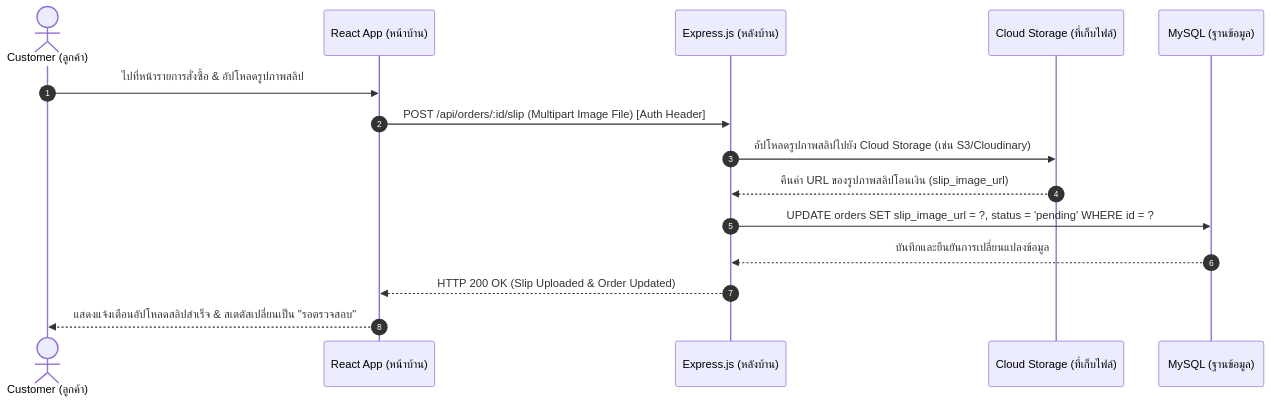
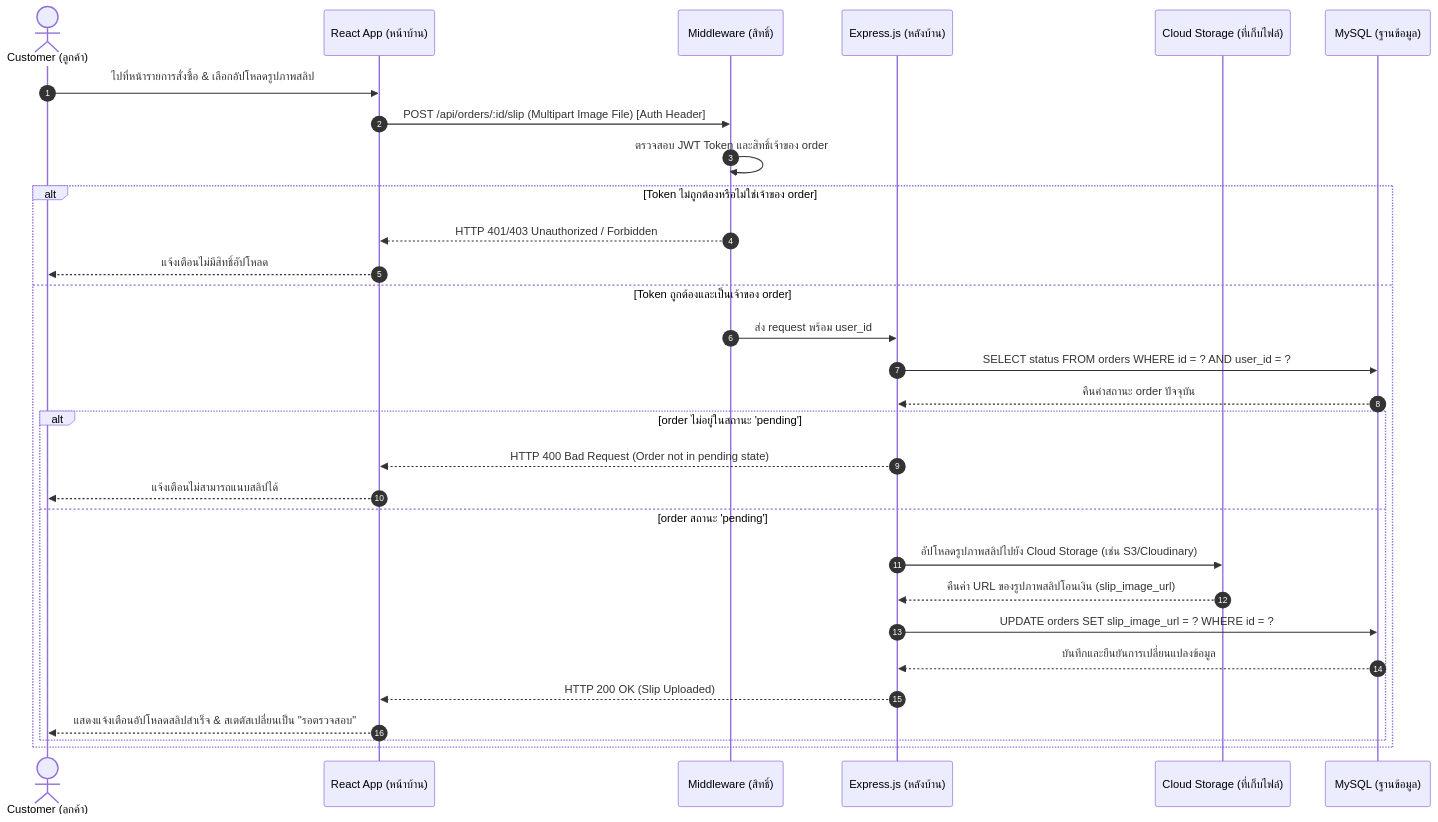
One commit to SupvichSpuGM/online-bookstore changed the sixth of 13 diagrams in Diagram.md. Above: the diagram before and after it, drawn with Mermaid. The commit also changed other lines of this file and 1 other file, not shown here.

````diff
--- a/Diagram.md
+++ b/Diagram.md
@@ -333,18 +393,33 @@
 ```mermaid
 sequenceDiagram
     autonumber
     actor Customer as Customer (ลูกค้า)
     participant Client as React App (หน้าบ้าน)
+    participant AuthMW as Middleware (สิทธิ์)
     participant API as Express.js (หลังบ้าน)
     participant Storage as Cloud Storage (ที่เก็บไฟล์)
     participant DB as MySQL (ฐานข้อมูล)
 
-    Customer->>Client: ไปที่หน้ารายการสั่งซื้อ & อัปโหลดรูปภาพสลิป
-    Client->>API: POST /api/orders/:id/slip (Multipart Image File) [Auth Header]
-    API->>Storage: อัปโหลดรูปภาพสลิปไปยัง Cloud Storage (เช่น S3/Cloudinary)
-    Storage-->>API: คืนค่า URL ของรูปภาพสลิปโอนเงิน (slip_image_url)
-    API->>DB: UPDATE orders SET slip_image_url = ?, status = 'pending' WHERE id = ?
-    DB-->>API: บันทึกและยืนยันการเปลี่ยนแปลงข้อมูล
-    API-->>Client: HTTP 200 OK (Slip Uploaded & Order Updated)
-    Client-->>Customer: แสดงแจ้งเตือนอัปโหลดสลิปสำเร็จ & สเตตัสเปลี่ยนเป็น "รอตรวจสอบ"
+    Customer->>Client: ไปที่หน้ารายการสั่งซื้อ & เลือกอัปโหลดรูปภาพสลิป
+    Client->>AuthMW: POST /api/orders/:id/slip (Multipart Image File) [Auth Header]
+    AuthMW->>AuthMW: ตรวจสอบ JWT Token และสิทธิ์เจ้าของ order
+    alt Token ไม่ถูกต้องหรือไม่ใช่เจ้าของ order
+        AuthMW-->>Client: HTTP 401/403 Unauthorized / Forbidden
+        Client-->>Customer: แจ้งเตือนไม่มีสิทธิ์อัปโหลด
+    else Token ถูกต้องและเป็นเจ้าของ order
+        AuthMW->>API: ส่ง request พร้อม user_id
+        API->>DB: SELECT status FROM orders WHERE id = ? AND user_id = ?
+        DB-->>API: คืนค่าสถานะ order ปัจจุบัน
+        alt order ไม่อยู่ในสถานะ 'pending'
+            API-->>Client: HTTP 400 Bad Request (Order not in pending state)
+            Client-->>Customer: แจ้งเตือนไม่สามารถแนบสลิปได้
+        else order สถานะ 'pending'
+            API->>Storage: อัปโหลดรูปภาพสลิปไปยัง Cloud Storage (เช่น S3/Cloudinary)
+            Storage-->>API: คืนค่า URL ของรูปภาพสลิปโอนเงิน (slip_image_url)
+            API->>DB: UPDATE orders SET slip_image_url = ? WHERE id = ?
+            DB-->>API: บันทึกและยืนยันการเปลี่ยนแปลงข้อมูล
+            API-->>Client: HTTP 200 OK (Slip Uploaded)
+            Client-->>Customer: แสดงแจ้งเตือนอัปโหลดสลิปสำเร็จ & สเตตัสเปลี่ยนเป็น "รอตรวจสอบ"
+        end
+    end
 ```
````
